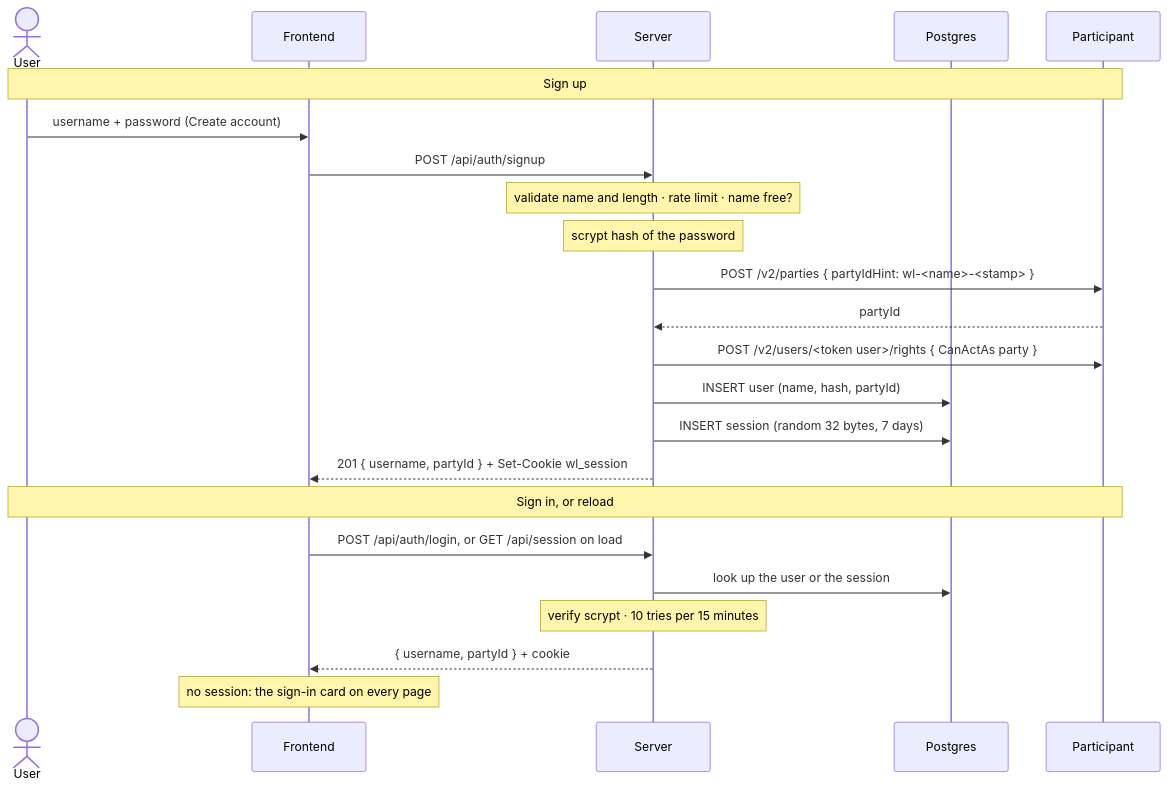
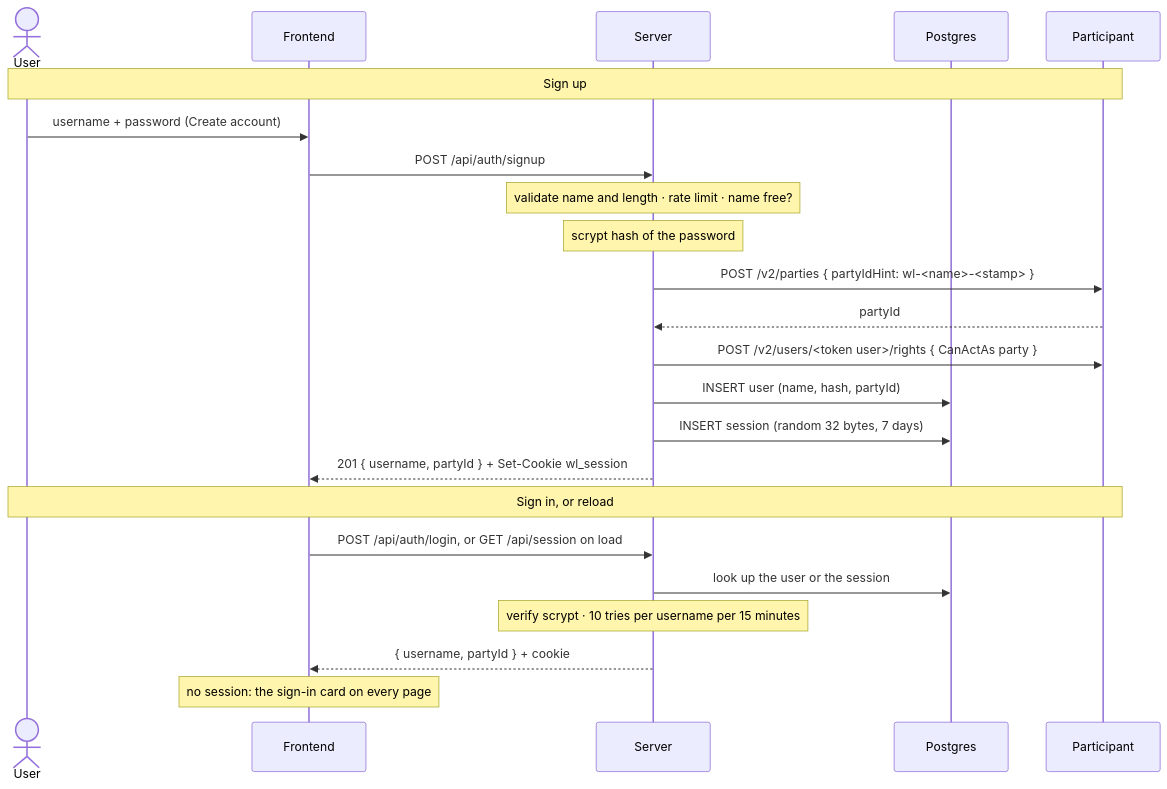
Before and after one commit to BootNodeDev/canton-dappbooster: the first of 2 diagrams in example-dapps/amulet-vesting-walletless/architecture.md, drawn with Mermaid. The commit also changed other lines of this file and 12 other files, not shown here.

````diff
--- a/example-dapps/amulet-vesting-walletless/architecture.md
+++ b/example-dapps/amulet-vesting-walletless/architecture.md
@@ -44,27 +44,27 @@
 ```mermaid
 sequenceDiagram
   actor User
   participant FE as Frontend
   participant S as Server
   participant DB as Postgres
   participant P as Participant
 
   Note over User,P: Sign up
   User->>FE: username + password (Create account)
   FE->>S: POST /api/auth/signup
   Note over S: validate name and length · rate limit · name free?
   Note over S: scrypt hash of the password
   S->>P: POST /v2/parties { partyIdHint: wl-#lt;name#gt;-#lt;stamp#gt; }
   P-->>S: partyId
   S->>P: POST /v2/users/#lt;token user#gt;/rights { CanActAs party }
   S->>DB: INSERT user (name, hash, partyId)
   S->>DB: INSERT session (random 32 bytes, 7 days)
   S-->>FE: 201 { username, partyId } + Set-Cookie wl_session
 
   Note over User,P: Sign in, or reload
   FE->>S: POST /api/auth/login, or GET /api/session on load
   S->>DB: look up the user or the session
-  Note over S: verify scrypt · 10 tries per 15 minutes
+  Note over S: verify scrypt · 10 tries per username per 15 minutes
   S-->>FE: { username, partyId } + cookie
   Note over FE: no session: the sign-in card on every page
 ```
````
